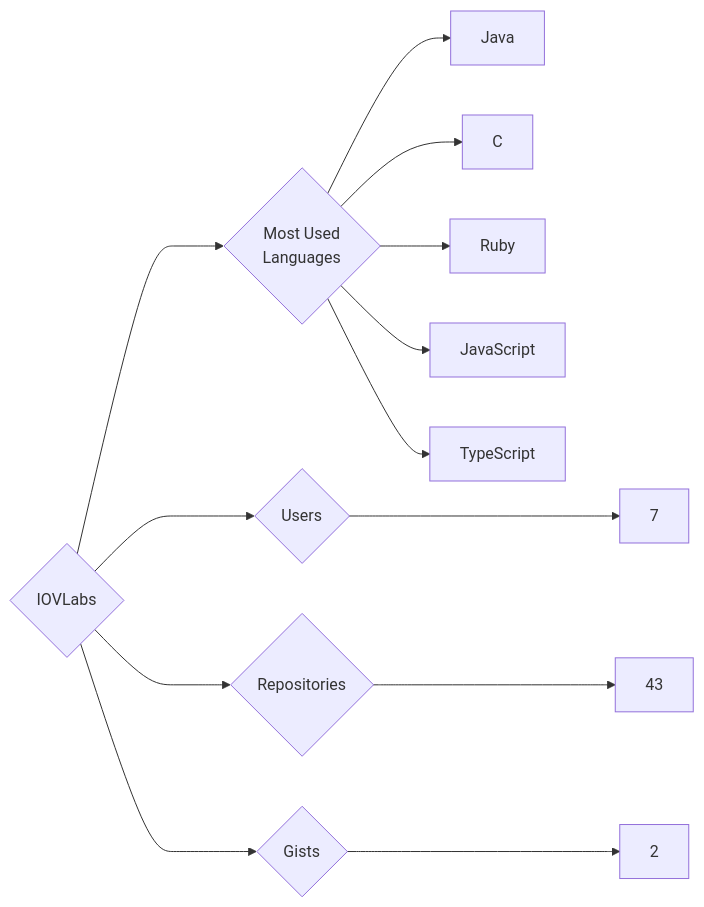
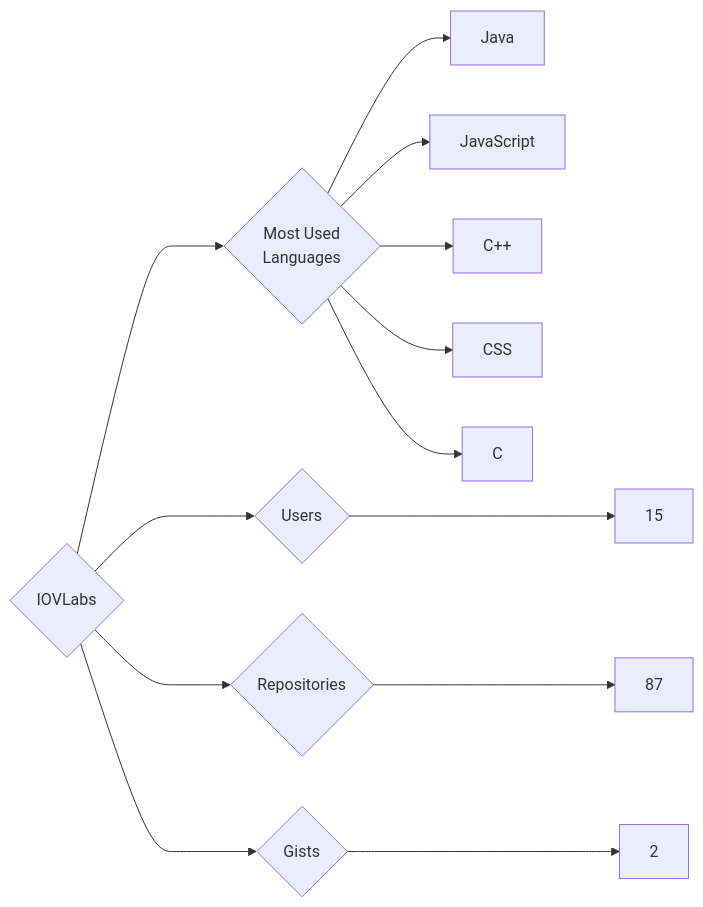
The diagram in targets/IOVLabs/README.md (trickest/insiders), drawn with Mermaid before and after one commit. The commit also changed 1238 other files, not shown here.

````diff
--- a/targets/IOVLabs/README.md
+++ b/targets/IOVLabs/README.md
@@ -3,13 +3,13 @@
 ```mermaid
 graph LR
 COMPANY_NAME{IOVLabs}
-COMPANY_NAME ---> U{Users} ---> UN[7]
-COMPANY_NAME ---> R{Repositories} ---> RN[43]
+COMPANY_NAME ---> U{Users} ---> UN[15]
+COMPANY_NAME ---> R{Repositories} ---> RN[87]
 COMPANY_NAME ---> G{Gists} ---> GN[2]
 COMPANY_NAME ---> ML{Most Used<br>Languages}
 ML --> Java[Java]
+ML --> JavaScript[JavaScript]
+ML --> C++[C++]
+ML --> CSS[CSS]
 ML --> C[C]
-ML --> Ruby[Ruby]
-ML --> JavaScript[JavaScript]
-ML --> TypeScript[TypeScript]
 ```
````
